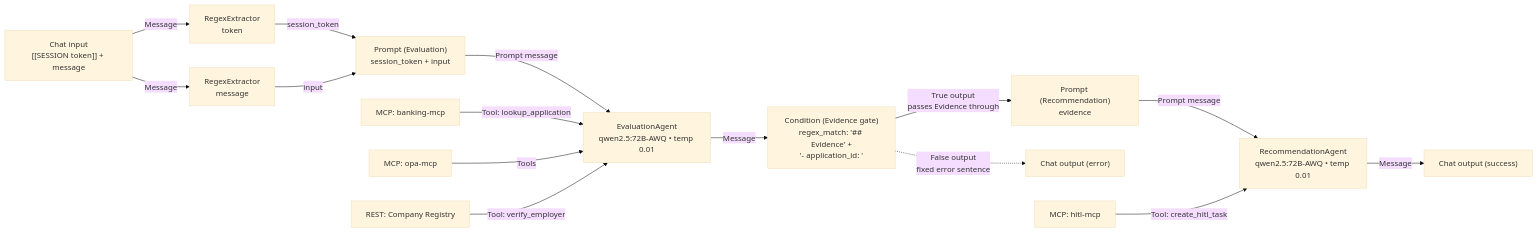
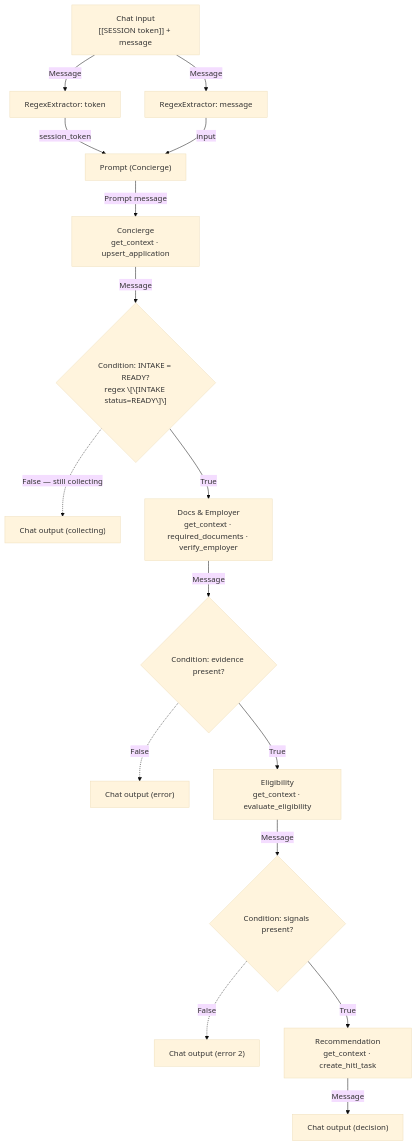
One commit to vmleon/oracle-database-private-agent-factory-poc changed the diagram in paf/flows/CHAT_WORKFLOW.md. Above: the diagram before and after it, drawn with Mermaid (base theme). The commit also changed other lines of this file, not shown here.

Commit message:
docs(flow): rewrite CHAT_WORKFLOW blueprint for the origination pipeline

````diff
--- a/paf/flows/CHAT_WORKFLOW.md
+++ b/paf/flows/CHAT_WORKFLOW.md
@@ -43,20 +47,18 @@
 ```mermaid
-flowchart LR
-    CI["Chat input<br/>[[SESSION token]] + message"] -->|Message| RT["RegexExtractor<br/>token"]
-    CI -->|Message| RM["RegexExtractor<br/>message"]
-    RT -->|session_token| EP
-    RM -->|input| EP
-    EP["Prompt (Evaluation)<br/>session_token + input"] -->|Prompt message| EA
-    BNK["MCP: banking-mcp"] -->|Tool: lookup_application| EA
-    OPA["MCP: opa-mcp"] -->|Tools| EA["EvaluationAgent<br/>qwen2.5:72B-AWQ • temp 0.01"]
-    REG["REST: Company Registry"] -->|Tool: verify_employer| EA
-
-    EA -->|Message| GATE["Condition (Evidence gate)<br/>regex_match: '## Evidence' +<br/>'- application_id: <int>'"]
-    GATE -->|True output<br/>passes Evidence through| RP["Prompt (Recommendation)<br/>evidence"]
-    GATE -.->|False output<br/>fixed error sentence| COE["Chat output (error)"]
-
-    RP -->|Prompt message| RA["RecommendationAgent<br/>qwen2.5:72B-AWQ • temp 0.01"]
-    HITL["MCP: hitl-mcp"] -->|Tool: create_hitl_task| RA
-
-    RA -->|Message| COS["Chat output (success)"]
+flowchart TD
+    CI["Chat input<br/>[[SESSION token]] + message"] -->|Message| RT["RegexExtractor: token"]
+    CI -->|Message| RM["RegexExtractor: message"]
+    RT -->|session_token| CP["Prompt (Concierge)"]
+    RM -->|input| CP
+    CP -->|Prompt message| C["Concierge<br/>get_context · upsert_application"]
+    C -->|Message| G1{"Condition: INTAKE = READY?<br/>regex \[\[INTAKE status=READY\]\]"}
+    G1 -.->|False — still collecting| OASK["Chat output (collecting)"]
+    G1 -->|True| DE["Docs & Employer<br/>get_context · required_documents · verify_employer"]
+    DE -->|Message| G2{"Condition: evidence present?"}
+    G2 -.->|False| OERR1["Chat output (error)"]
+    G2 -->|True| EL["Eligibility<br/>get_context · evaluate_eligibility"]
+    EL -->|Message| G3{"Condition: signals present?"}
+    G3 -.->|False| OERR2["Chat output (error 2)"]
+    G3 -->|True| RC["Recommendation<br/>get_context · create_hitl_task"]
+    RC -->|Message| ODEC["Chat output (decision)"]
 ```
````
